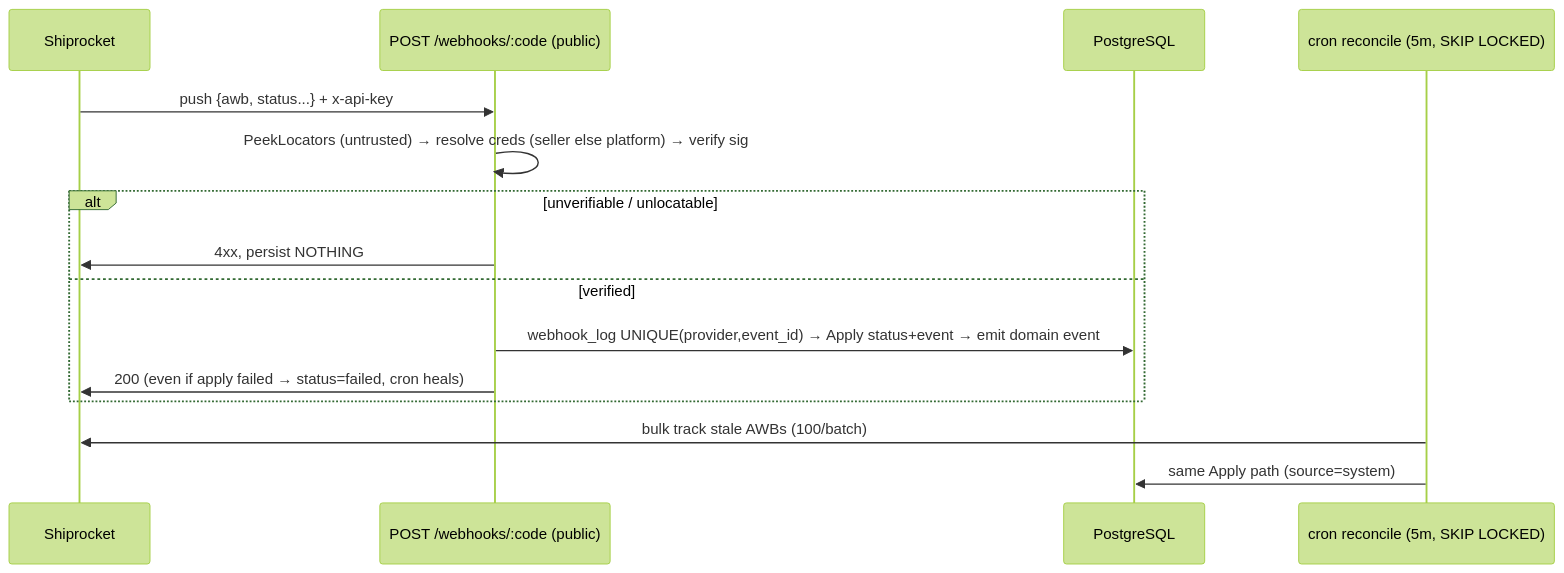
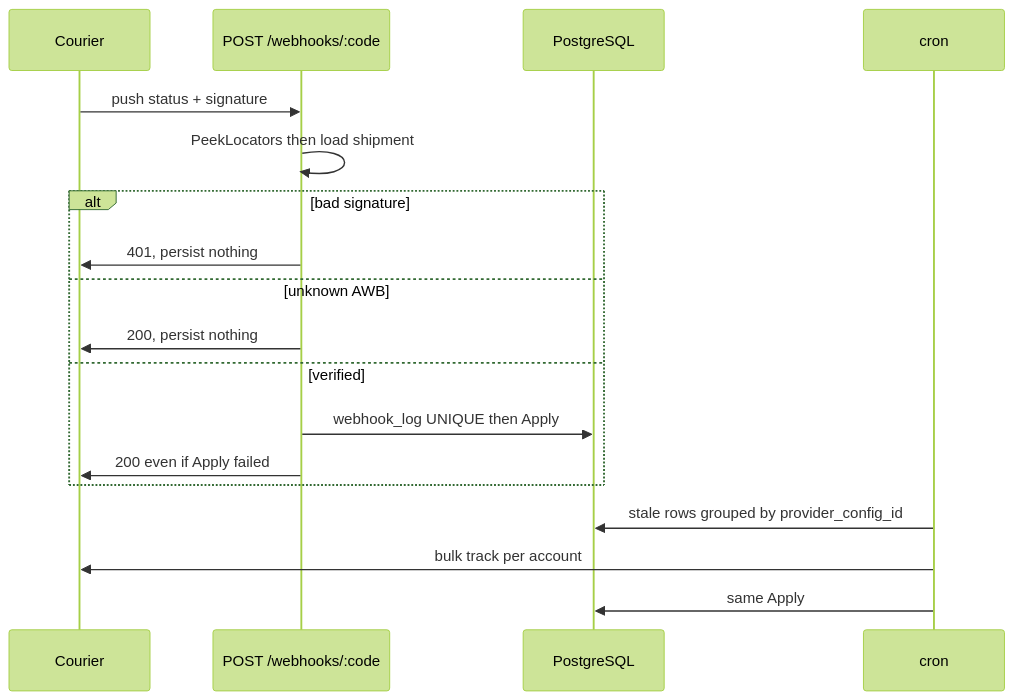
Before and after one commit to Zatu-ecom/ecommerce-be: the fifth of 5 diagrams in specs/013-courier-fulfillment-platform/data-model.md, drawn with Mermaid (forest theme). The commit also changed other lines of this file and 1 other file, not shown here.

First line of the commit message:
Refactor Courier Fulfillment Platform Service Design

````diff
--- a/specs/013-courier-fulfillment-platform/data-model.md
+++ b/specs/013-courier-fulfillment-platform/data-model.md
@@ -93,17 +130,20 @@
 ```mermaid
 sequenceDiagram
-    participant SR as Shiprocket
-    participant WH as POST /webhooks/:code (public)
+    participant SR as Courier
+    participant WH as POST /webhooks/:code
     participant DB as PostgreSQL
-    participant CR as cron reconcile (5m, SKIP LOCKED)
-    SR->>WH: push {awb, status...} + x-api-key
-    WH->>WH: PeekLocators (untrusted) → resolve creds (seller else platform) → verify sig
-    alt unverifiable / unlocatable
-        WH->>SR: 4xx, persist NOTHING
+    participant CR as cron
+    SR->>WH: push status + signature
+    WH->>WH: PeekLocators then load shipment
+    alt bad signature
+        WH->>SR: 401, persist nothing
+    else unknown AWB
+        WH->>SR: 200, persist nothing
     else verified
-        WH->>DB: webhook_log UNIQUE(provider,event_id) → Apply status+event → emit domain event
-        WH->>SR: 200 (even if apply failed → status=failed, cron heals)
+        WH->>DB: webhook_log UNIQUE then Apply
+        WH->>SR: 200 even if Apply failed
     end
-    CR->>SR: bulk track stale AWBs (100/batch)
-    CR->>DB: same Apply path (source=system)
+    CR->>DB: stale rows grouped by provider_config_id
+    CR->>SR: bulk track per account
+    CR->>DB: same Apply
 ```
````
